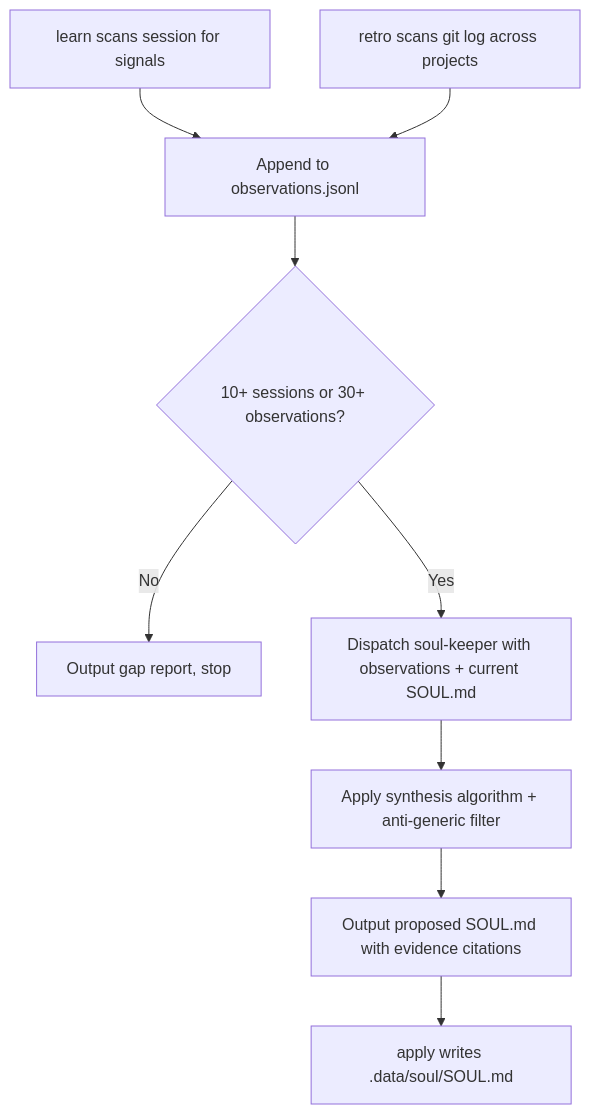
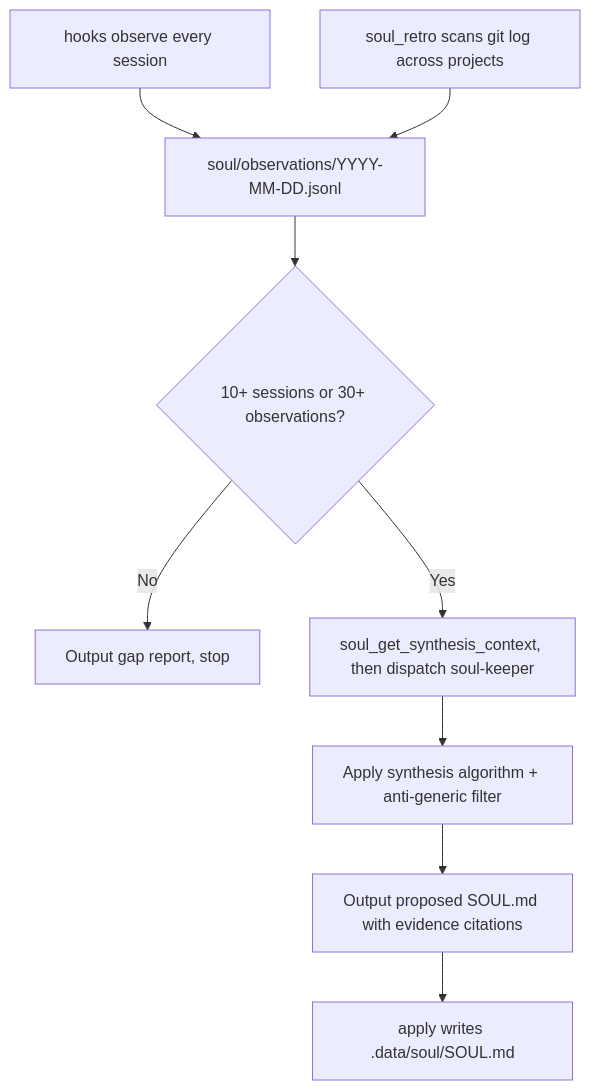
One commit to unclejobs-ai/second-claude-code changed the diagram in docs/skills/soul.ko.md. Above: the diagram before and after it, drawn with Mermaid. The commit also changed other lines of this file and 16 other files, not shown here.

````diff
--- a/docs/skills/soul.ko.md
+++ b/docs/skills/soul.ko.md
@@ -77,11 +76,11 @@
 ```mermaid
 graph TD
-    A[learn scans session for signals] --> C[Append to observations.jsonl]
-    B[retro scans git log across projects] --> C
+    A[hooks observe every session] --> C[soul/observations/YYYY-MM-DD.jsonl]
+    B[soul_retro scans git log across projects] --> C
     C --> D{10+ sessions or 30+ observations?}
     D -->|No| E[Output gap report, stop]
-    D -->|Yes| F[Dispatch soul-keeper with observations + current SOUL.md]
+    D -->|Yes| F[soul_get_synthesis_context, then dispatch soul-keeper]
     F --> G[Apply synthesis algorithm + anti-generic filter]
     G --> H[Output proposed SOUL.md with evidence citations]
     H --> I[apply writes .data/soul/SOUL.md]
 ```
````
